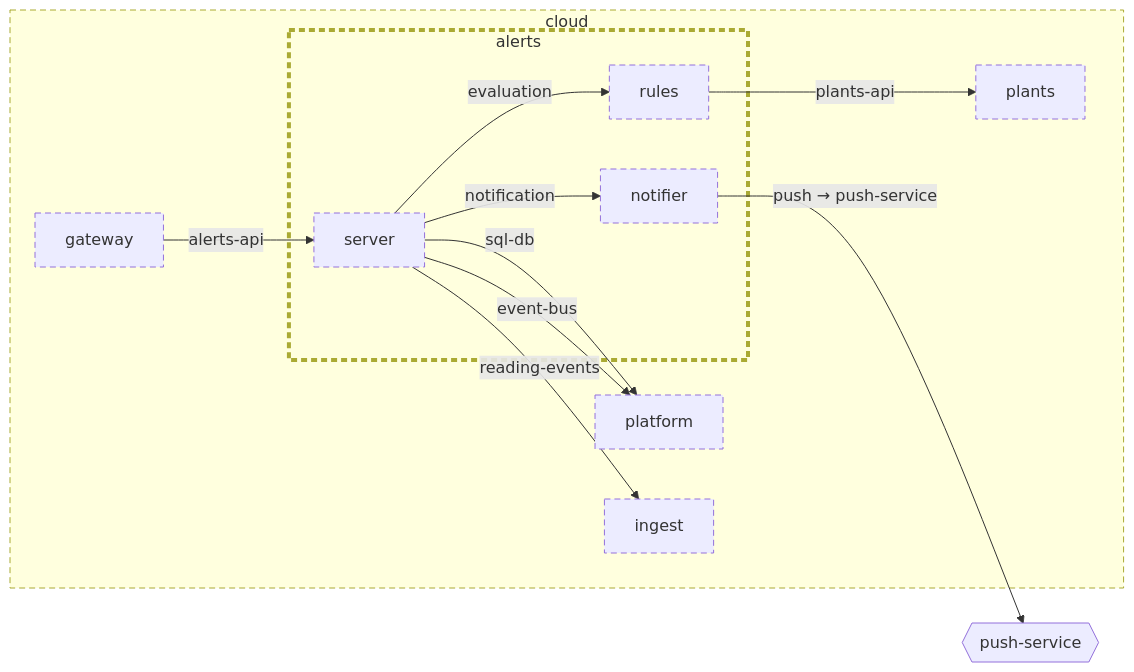
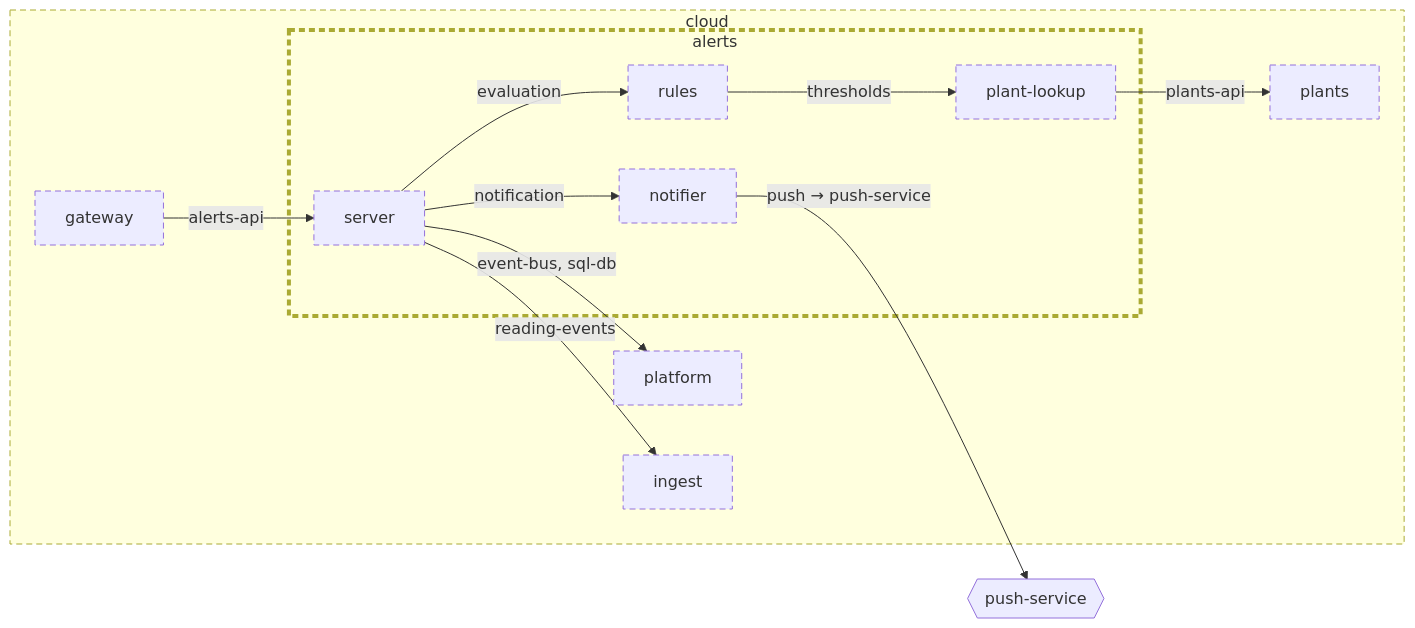
The diagram in examples/plantwatch/cloud/services/alerts/doc/diagrams/architecture.md (wackazong/unifold), drawn with Mermaid before and after one commit. The commit also changed other lines of this file and 330 other files, not shown here.

````diff
--- a/examples/plantwatch/cloud/services/alerts/doc/diagrams/architecture.md
+++ b/examples/plantwatch/cloud/services/alerts/doc/diagrams/architecture.md
@@ -8,34 +8,29 @@
 ```mermaid
 flowchart LR
   subgraph u_cloud["cloud"]
-    u_cloud_platform["platform"]
-    subgraph u_cloud_services_alerts["alerts"]
-      u_cloud_services_alerts_notifier["notifier"]
-      u_cloud_services_alerts_rules["rules"]
-      u_cloud_services_alerts_server["server"]
+    u_cloud__platform["platform"]
+    subgraph u_cloud__services__alerts["alerts"]
+      u_cloud__services__alerts__notifier["notifier"]
+      u_cloud__services__alerts__plant_dlookup["plant-lookup"]
+      u_cloud__services__alerts__rules["rules"]
+      u_cloud__services__alerts__server["server"]
     end
-    u_cloud_services_gateway["gateway"]
-    u_cloud_services_ingest["ingest"]
-    u_cloud_services_plants["plants"]
+    u_cloud__services__gateway["gateway"]
+    u_cloud__services__ingest["ingest"]
+    u_cloud__services__plants["plants"]
   end
-  n_cloud_push_service{{"push-service"}}
-  u_cloud_services_gateway -->|"alerts-api"| u_cloud_services_alerts_server
-  u_cloud_services_alerts_server -->|"reading-events"| u_cloud_services_ingest
-  u_cloud_services_alerts_rules -->|"plants-api"| u_cloud_services_plants
-  u_cloud_services_alerts_notifier -->|"push → push-service"| n_cloud_push_service
-  u_cloud_services_alerts_server -->|"sql-db"| u_cloud_platform
-  u_cloud_services_alerts_server -->|"event-bus"| u_cloud_platform
-  u_cloud_services_alerts_server -->|"evaluation"| u_cloud_services_alerts_rules
-  u_cloud_services_alerts_server -->|"notification"| u_cloud_services_alerts_notifier
-  click u_cloud_platform href "../../../../platform/README.md"
-  click u_cloud_services_alerts_notifier href "../../notifier/README.md"
-  click u_cloud_services_alerts_rules href "../../rules/README.md"
-  click u_cloud_services_alerts_server href "../../server/README.md"
-  click u_cloud_services_gateway href "../../../gateway/README.md"
-  click u_cloud_services_ingest href "../../../ingest/README.md"
-  click u_cloud_services_plants href "../../../plants/README.md"
+  n_cloud___push_dservice{{"push-service"}}
+  u_cloud__services__gateway -->|"alerts-api"| u_cloud__services__alerts__server
+  u_cloud__services__alerts__server -->|"reading-events"| u_cloud__services__ingest
+  u_cloud__services__alerts__plant_dlookup -->|"plants-api"| u_cloud__services__plants
+  u_cloud__services__alerts__notifier -->|"push → push-service"| n_cloud___push_dservice
+  u_cloud__services__alerts__server -->|"event-bus, sql-db"| u_cloud__platform
+  u_cloud__services__alerts__server -->|"evaluation"| u_cloud__services__alerts__rules
+  u_cloud__services__alerts__server -->|"notification"| u_cloud__services__alerts__notifier
+  u_cloud__services__alerts__rules -->|"thresholds"| u_cloud__services__alerts__plant_dlookup
   classDef focus stroke-width:4px
   classDef planned stroke-dasharray:6 4
-  class u_cloud,u_cloud_platform,u_cloud_services_alerts,u_cloud_services_alerts_notifier,u_cloud_services_alerts_rules,u_cloud_services_alerts_server,u_cloud_services_gateway,u_cloud_services_ingest,u_cloud_services_plants planned
-  class u_cloud_services_alerts focus
+  classDef plain stroke-dasharray:2 3
+  class u_cloud,u_cloud__platform,u_cloud__services__alerts,u_cloud__services__alerts__notifier,u_cloud__services__alerts__plant_dlookup,u_cloud__services__alerts__rules,u_cloud__services__alerts__server,u_cloud__services__gateway,u_cloud__services__ingest,u_cloud__services__plants planned
+  class u_cloud__services__alerts focus
 ```
````
